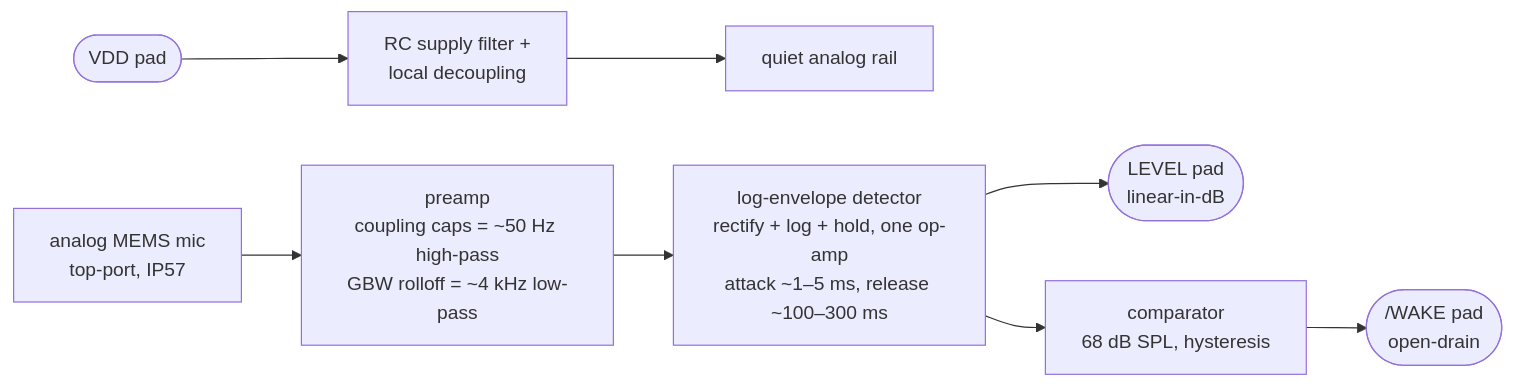
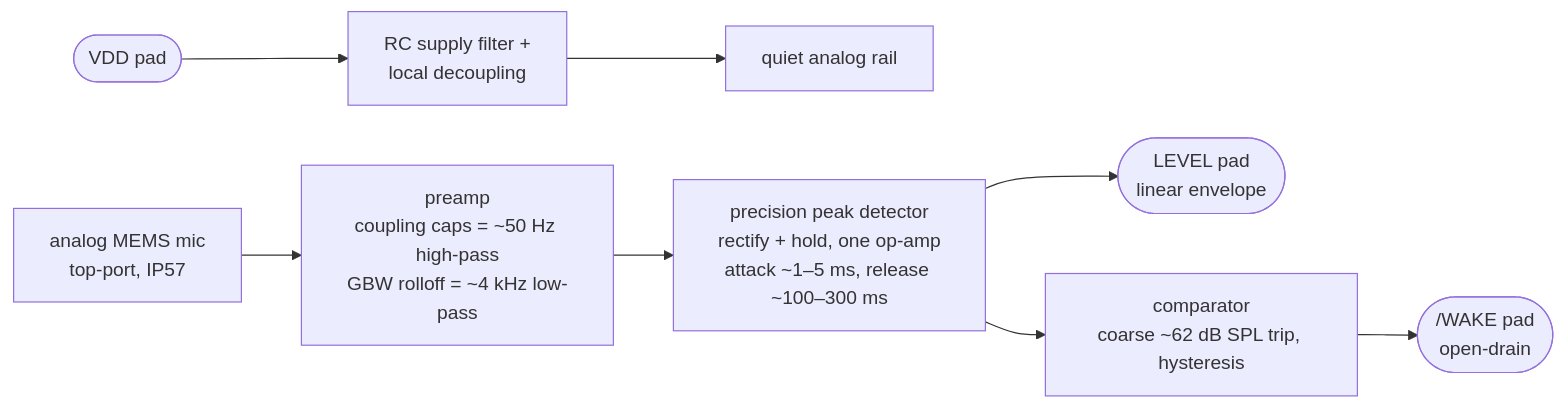
Before and after one commit to zackees/soundwake: the second of 6 diagrams in README.md, drawn with Mermaid. The commit also changed other lines of this file, not shown here.

Commit message:
docs: revise stage 2 to linear envelope with firmware dB conversion (#9)

````diff
--- a/README.md
+++ b/README.md
@@ -70,10 +70,10 @@
 ```mermaid
 flowchart LR
     VDDPAD(["VDD pad"]) --> FLT["RC supply filter +<br/>local decoupling"]
     FLT --> RAIL["quiet analog rail"]
     MIC["analog MEMS mic<br/>top-port, IP57"] --> AMP["preamp<br/>coupling caps = ~50 Hz high-pass<br/>GBW rolloff = ~4 kHz low-pass"]
-    AMP --> LOGENV["log-envelope detector<br/>rectify + log + hold, one op-amp<br/>attack ~1–5 ms, release ~100–300 ms"]
-    LOGENV --> LEVELPAD(["LEVEL pad<br/>linear-in-dB"])
-    LOGENV --> CMP["comparator<br/>68 dB SPL, hysteresis"]
+    AMP --> PKD["precision peak detector<br/>rectify + hold, one op-amp<br/>attack ~1–5 ms, release ~100–300 ms"]
+    PKD --> LEVELPAD(["LEVEL pad<br/>linear envelope"])
+    PKD --> CMP["comparator<br/>coarse ~62 dB SPL trip, hysteresis"]
     CMP --> WAKEPAD(["/WAKE pad<br/>open-drain"])
 ```
````
